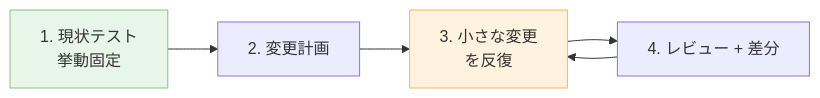
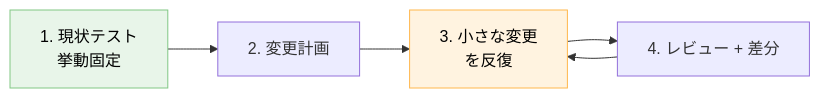
The second of 2 diagrams in docs/case-studies/llm-エージェントに大規模リファクタリングを安全に任せる手順.md (dinekt/dinekt-wiki), drawn with Mermaid before and after one commit. The commit also changed other lines of this file and 71 other files, not shown here.

First line of the commit message:
fix: mermaid readability + remove GitHub repo toolbar

````diff
--- a/docs/case-studies/llm-エージェントに大規模リファクタリングを安全に任せる手順.md
+++ b/docs/case-studies/llm-エージェントに大規模リファクタリングを安全に任せる手順.md
@@ -35,10 +35,10 @@
 ```mermaid
 flowchart LR
     S1[1. 現状テスト<br/>挙動固定] --> S2[2. 変更計画]
     S2 --> S3[3. 小さな変更<br/>を反復]
     S3 --> S4[4. レビュー + 差分]
     S4 --> S3
 
-    style S1 fill:#e8f5e9,stroke:#81c784
-    style S3 fill:#fff3e0,stroke:#ffb74d
+    style S1 fill:#e8f5e9,stroke:#81c784,color:#000
+    style S3 fill:#fff3e0,stroke:#ffb74d,color:#000
 ```
````
